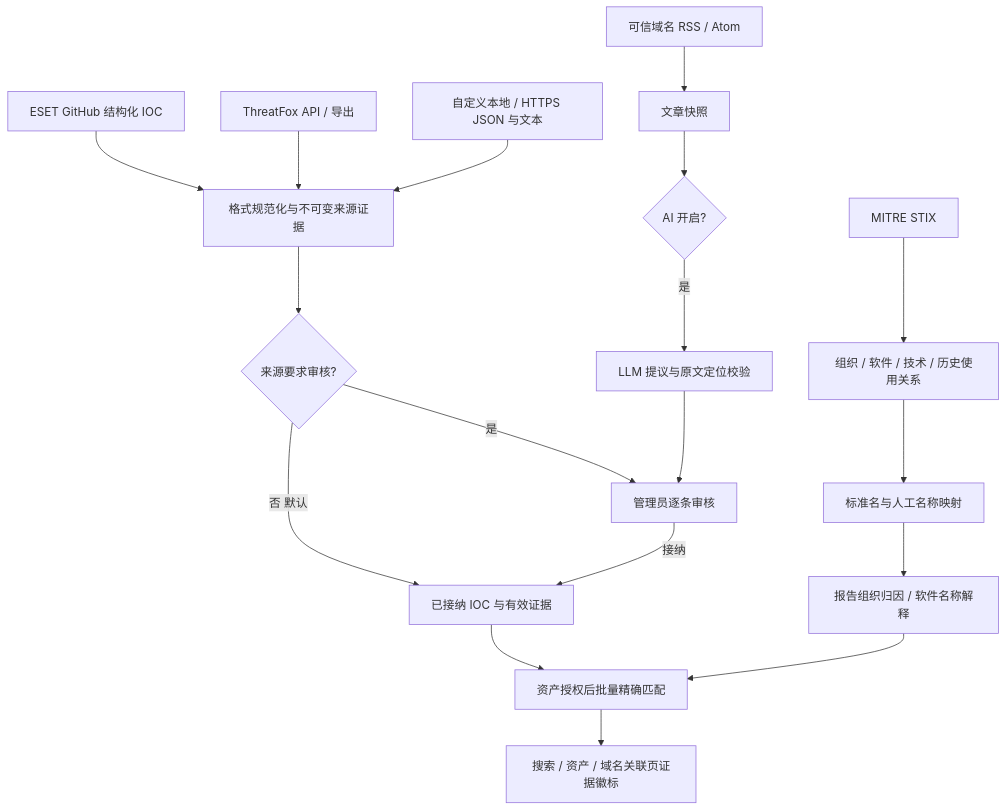
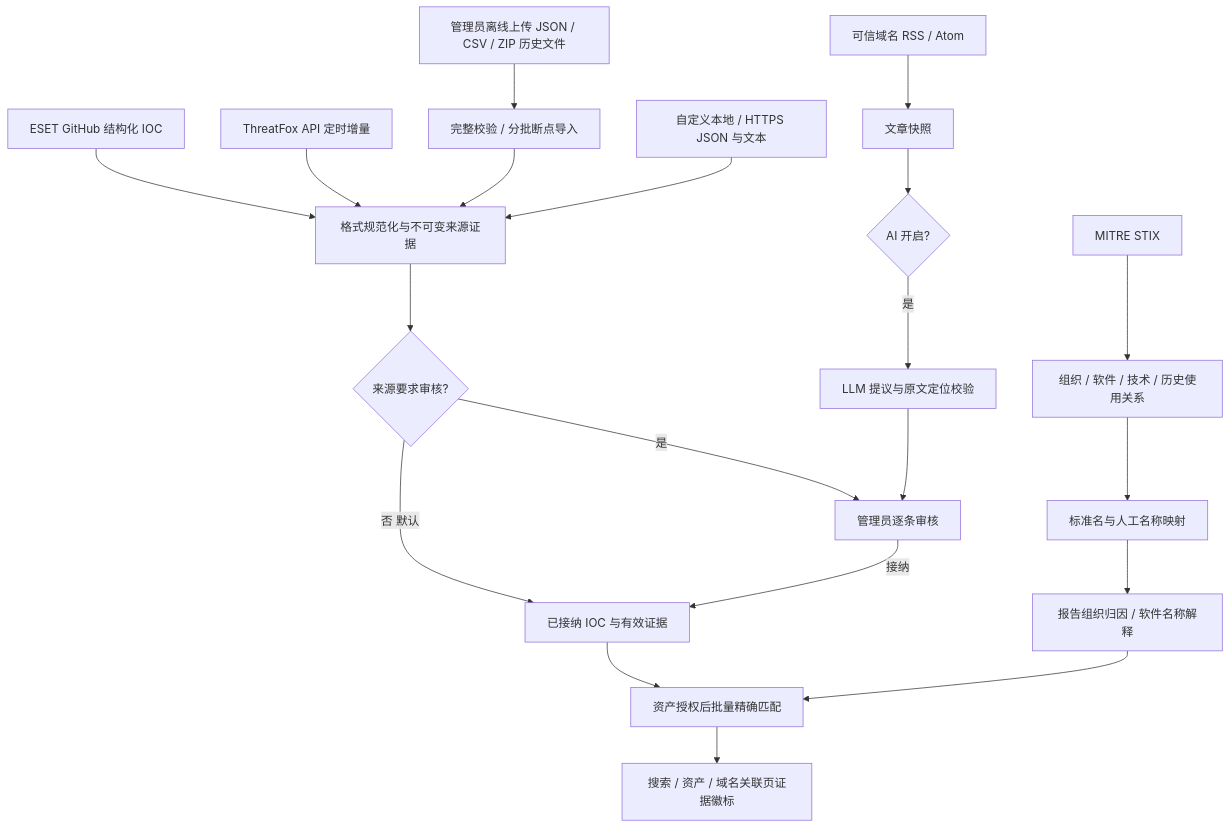
The diagram in docs/THREAT_INTELLIGENCE.md (wshijiang/network-mapping), drawn with Mermaid before and after one commit. The commit also changed other lines of this file and 16 other files, not shown here.

````diff
--- a/docs/THREAT_INTELLIGENCE.md
+++ b/docs/THREAT_INTELLIGENCE.md
@@ -21,20 +21,22 @@
 ```mermaid
 flowchart TD
     MITRE[MITRE STIX] --> Entities[组织 / 软件 / 技术 / 历史使用关系]
     ESET[ESET GitHub 结构化 IOC] --> Structured[格式规范化与不可变来源证据]
-    TF[ThreatFox API / 导出] --> Structured
+    TF[ThreatFox API 定时增量] --> Structured
+    Offline[管理员离线上传 JSON / CSV / ZIP 历史文件] --> Validate[完整校验 / 分批断点导入]
+    Validate --> Structured
     Files[自定义本地 / HTTPS JSON 与文本] --> Structured
     Structured --> Policy{来源要求审核?}
     Policy -->|否 默认| Published[已接纳 IOC 与有效证据]
     Policy -->|是| Review[管理员逐条审核]
     RSS[可信域名 RSS / Atom] --> Articles[文章快照]
     Articles --> Switch{AI 开启?}
     Switch -->|是| AI[LLM 提议与原文定位校验]
     AI --> Review
     Review -->|接纳| Published
     Entities --> Names[标准名与人工名称映射]
     Names --> Evidence[报告组织归因 / 软件名称解释]
     Published --> Match[资产授权后批量精确匹配]
     Evidence --> Match
     Match --> Web[搜索 / 资产 / 域名关联页证据徽标]
 ```
````
